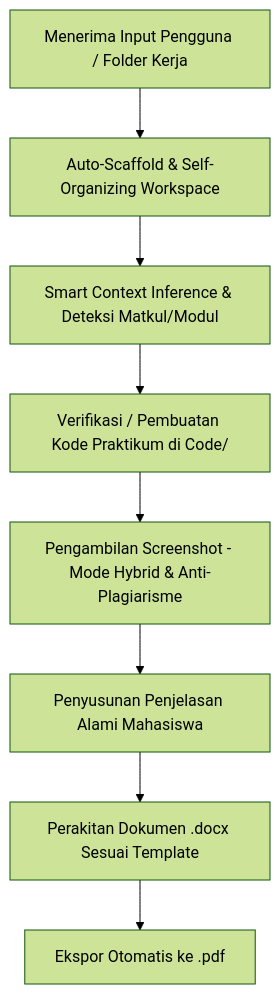
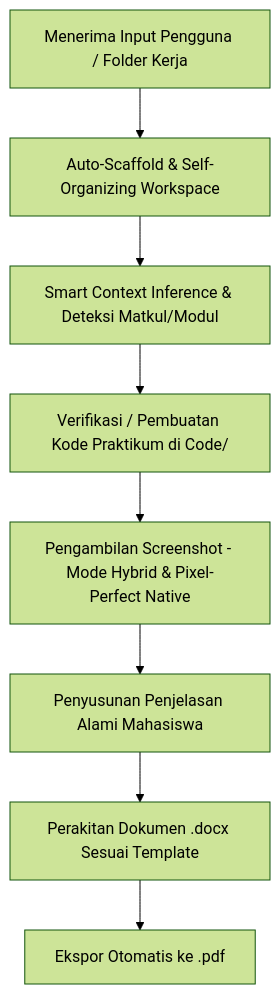
One commit to SatriaBaktiWijaya/NgeLaprak changed the diagram in skills/ngelaprak/SKILL.md. Above: the diagram before and after it, drawn with Mermaid (forest theme). The commit also changed other lines of this file and 32 other files, not shown here.

````diff
--- a/skills/ngelaprak/SKILL.md
+++ b/skills/ngelaprak/SKILL.md
@@ -18,10 +22,10 @@
 ```mermaid
 graph TD
     A[Menerima Input Pengguna / Folder Kerja] --> B[Auto-Scaffold & Self-Organizing Workspace]
     B --> C[Smart Context Inference & Deteksi Matkul/Modul]
     C --> D[Verifikasi / Pembuatan Kode Praktikum di Code/]
-    D --> E[Pengambilan Screenshot - Mode Hybrid & Anti-Plagiarisme]
+    D --> E[Pengambilan Screenshot - Mode Hybrid & Pixel-Perfect Native]
     E --> F[Penyusunan Penjelasan Alami Mahasiswa]
     F --> G[Perakitan Dokumen .docx Sesuai Template]
     G --> H[Ekspor Otomatis ke .pdf]
 ```
````
